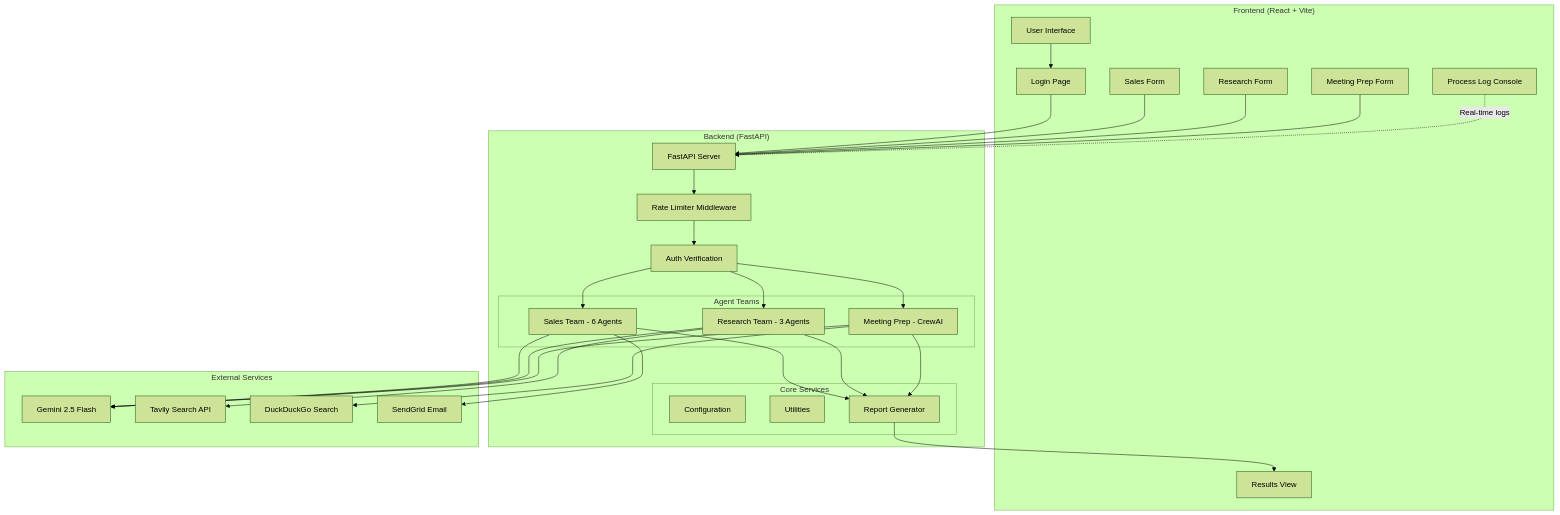
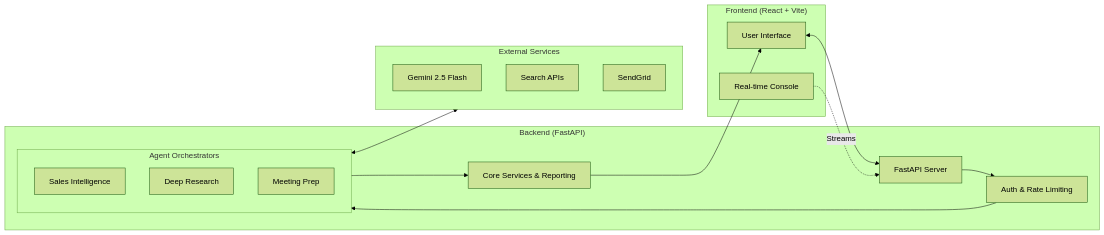
The first of 5 diagrams in README.md (Samrude1/Agentsquad), drawn with Mermaid (forest theme) before and after one commit. The commit also changed other lines of this file, not shown here.

Commit message:
readme update

````diff
--- a/README.md
+++ b/README.md
@@ -90,63 +90,34 @@
 ```mermaid
-graph TB
-    subgraph "Frontend (React + Vite)"
-        UI[User Interface]
-        LoginPage[Login Page]
-        SalesForm[Sales Form]
-        ResearchForm[Research Form]
-        MeetingForm[Meeting Prep Form]
-        ProcessLog[Process Log Console]
-        ResultsView[Results View]
+graph LR
+    subgraph Frontend ["Frontend (React + Vite)"]
+        UI["User Interface"]
+        Console["Real-time Console"]
     end
 
-    subgraph "Backend (FastAPI)"
-        API[FastAPI Server]
-        RateLimiter[Rate Limiter Middleware]
-        AuthMiddleware[Auth Verification]
+    subgraph Backend ["Backend (FastAPI)"]
+        API["FastAPI Server"]
+        Security["Auth & Rate Limiting"]
         
-        subgraph "Agent Teams"
-            SalesTeam[Sales Team - 6 Agents]
-            ResearchTeam[Research Team - 3 Agents]
-            MeetingTeam[Meeting Prep - CrewAI]
+        subgraph Agents ["Agent Orchestrators"]
+            Sales["Sales Intelligence"]
+            Research["Deep Research"]
+            Meeting["Meeting Prep"]
         end
         
-        subgraph "Core Services"
-            Config[Configuration]
-            Utils[Utilities]
-            ReportGen[Report Generator]
-        end
+        Services["Core Services & Reporting"]
     end
 
-    subgraph "External Services"
-        Gemini[Gemini 2.5 Flash]
-        Tavily[Tavily Search API]
-        DuckDuckGo[DuckDuckGo Search]
-        SendGrid[SendGrid Email]
+    subgraph External ["External Services"]
+        LLM["Gemini 2.5 Flash"]
+        Search["Search APIs"]
+        Email["SendGrid"]
     end
 
-    UI --> LoginPage
-    LoginPage --> API
-    SalesForm --> API
-    ResearchForm --> API
-    MeetingForm --> API
-    
-    API --> RateLimiter
-    RateLimiter --> AuthMiddleware
-    AuthMiddleware --> SalesTeam
-    AuthMiddleware --> ResearchTeam
-    AuthMiddleware --> MeetingTeam
-    
-    SalesTeam --> Gemini
-    SalesTeam --> SendGrid
-    ResearchTeam --> Gemini
-    ResearchTeam --> Tavily
-    MeetingTeam --> Gemini
-    MeetingTeam --> DuckDuckGo
-    
-    SalesTeam --> ReportGen
-    ResearchTeam --> ReportGen
-    MeetingTeam --> ReportGen
-    
-    ReportGen --> ResultsView
-    ProcessLog -.->|Real-time logs| API
+    UI <--> API
+    API --> Security
+    Security --> Agents
+    Agents <--> External
+    Agents --> Services
+    Services --> UI
+    Console -.->|Streams| API
 ```
````
